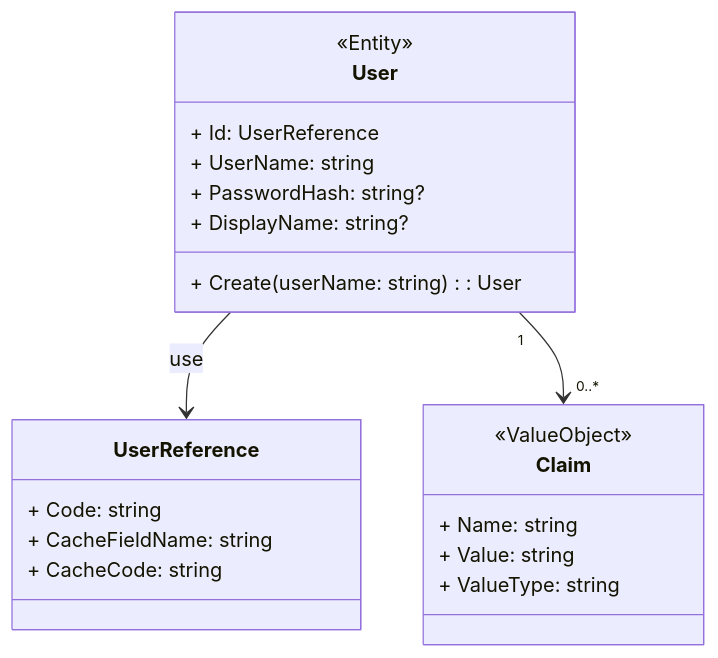
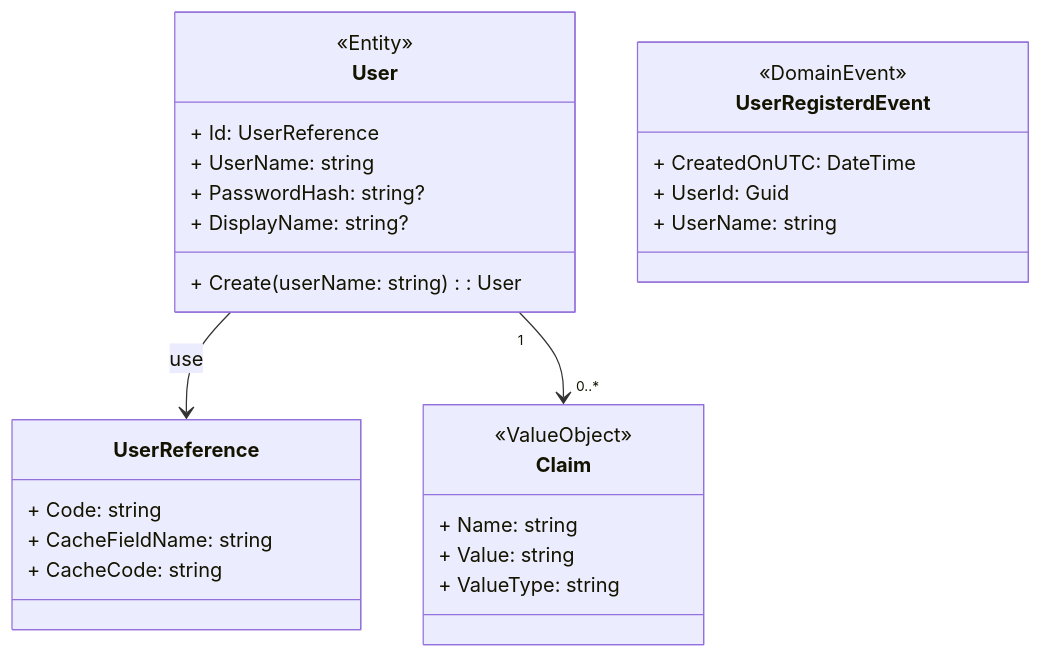
The diagram in UML/Domain/Domain.User.md (sdlfly2000/AuthenticationServer), drawn with Mermaid before and after one commit. The commit also changed 14 other files, not shown here.

````diff
--- a/UML/Domain/Domain.User.md
+++ b/UML/Domain/Domain.User.md
@@ -3,36 +3,42 @@
 ```mermaid
 ---
 config:
     class:
         hideEmptyMembersBox: true
 ---
 
+classDiagram
+    class User:::Entity {
+        <<Entity>>
+        + Id: UserReference
+        + UserName: string
+        + PasswordHash: string?
+        + DisplayName: string?
+        + Create(userName: string): User
+    }
 
-classDiagram
+    class UserReference:::ValueObject {
+        + Code: string
+        + CacheFieldName: string
+        + CacheCode: string
+    }
 
-User --> UserReference : use
-User "1" --> "0..*" Claim
+    class Claim:::Interface {
+        <<ValueObject>>
+        + Name: string
+        + Value: string
+        + ValueType: string
+    }
 
-class User:::Entity {
-    <<Entity>>
-    + Id: UserReference
-    + UserName: string
-    + PasswordHash: string?
-    + DisplayName: string?
-    + Create(userName: string): User
-}
+    class UserRegisterdEvent {
+        <<DomainEvent>>
+        + CreatedOnUTC: DateTime
+        + UserId: Guid
+        + UserName: string
+    }
 
-class UserReference:::ValueObject {
-    + Code: string
-    + CacheFieldName: string
-    + CacheCode: string
-}
-
-class Claim:::Interface {
-    <<ValueObject>>
-    + Name: string
-    + Value: string
-    + ValueType: string
-}
+    %%{{Relationship}}%%
+    User --> UserReference : use
+    User "1" --> "0..*" Claim
 
 ```
````
